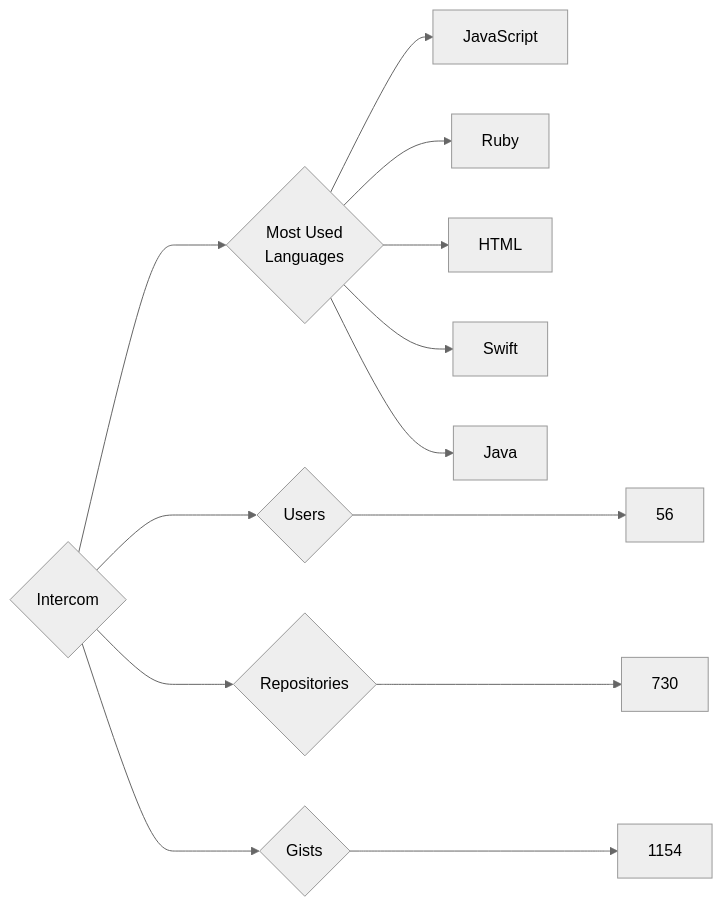
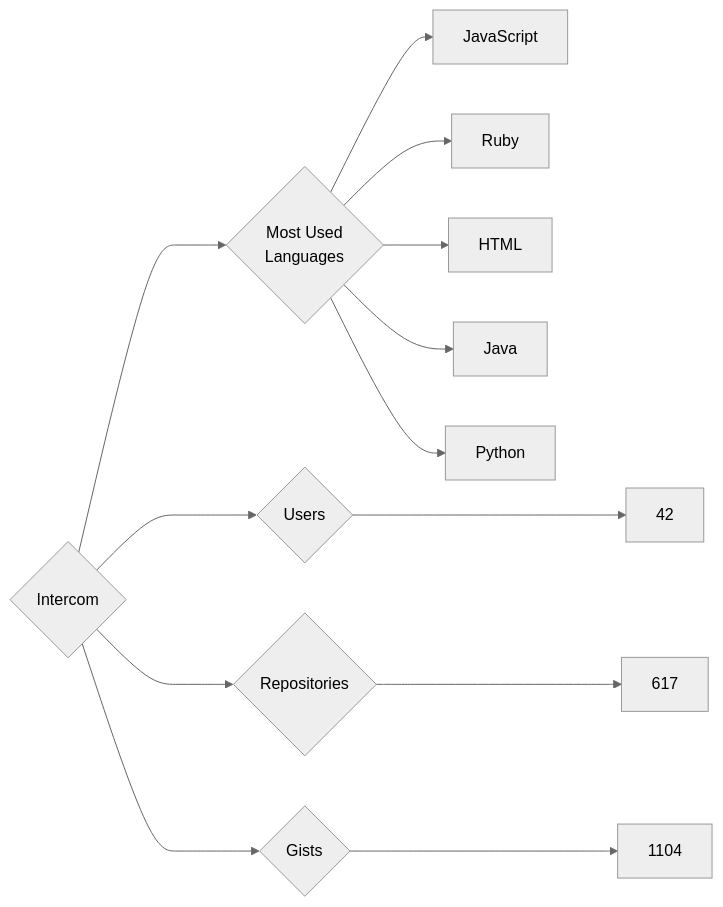
The diagram in targets/Intercom/README.md (trickest/insiders), drawn with Mermaid (neutral theme) before and after one commit. The commit also changed 951 other files, not shown here.

````diff
--- a/targets/Intercom/README.md
+++ b/targets/Intercom/README.md
@@ -3,13 +3,13 @@
 ```mermaid
 graph LR
 COMPANY_NAME{Intercom}
-COMPANY_NAME ---> U{Users} ---> UN[56]
-COMPANY_NAME ---> R{Repositories} ---> RN[730]
-COMPANY_NAME ---> G{Gists} ---> GN[1154]
+COMPANY_NAME ---> U{Users} ---> UN[42]
+COMPANY_NAME ---> R{Repositories} ---> RN[617]
+COMPANY_NAME ---> G{Gists} ---> GN[1104]
 COMPANY_NAME ---> ML{Most Used<br>Languages}
-ML --> JavaScript
-ML --> Ruby
-ML --> HTML
-ML --> Swift
-ML --> Java
+ML --> JavaScript[JavaScript]
+ML --> Ruby[Ruby]
+ML --> HTML[HTML]
+ML --> Java[Java]
+ML --> Python[Python]
 ```
````
